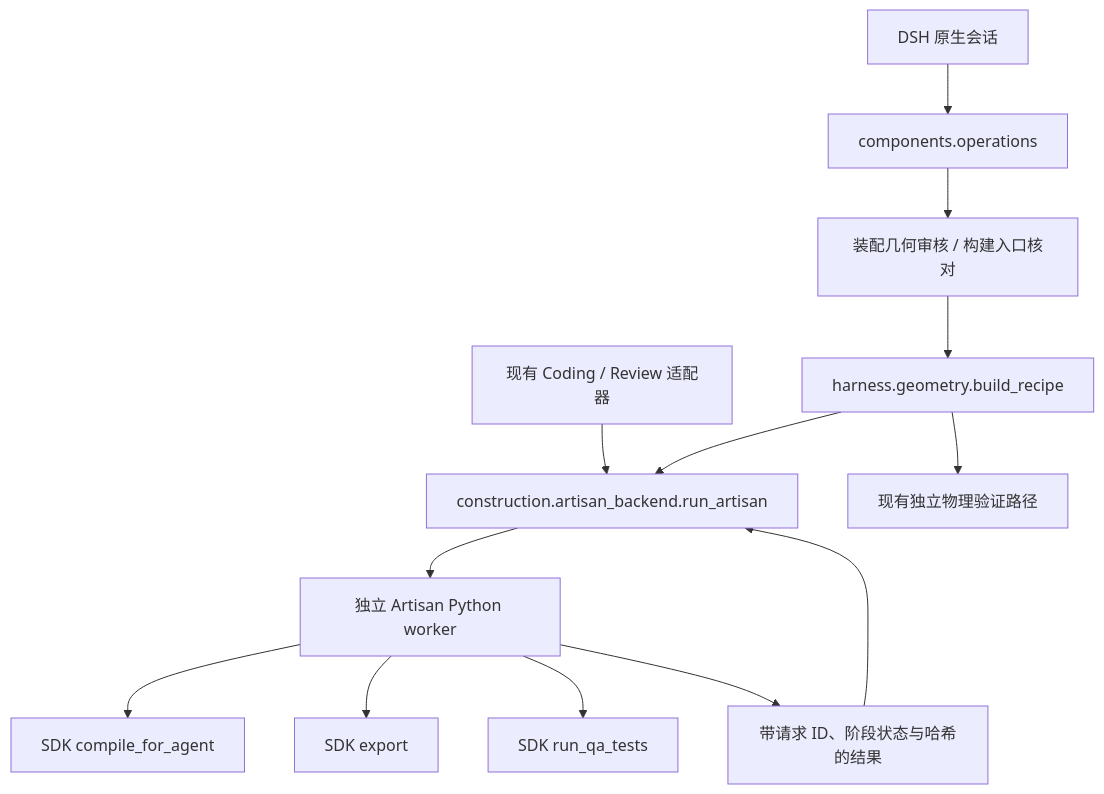
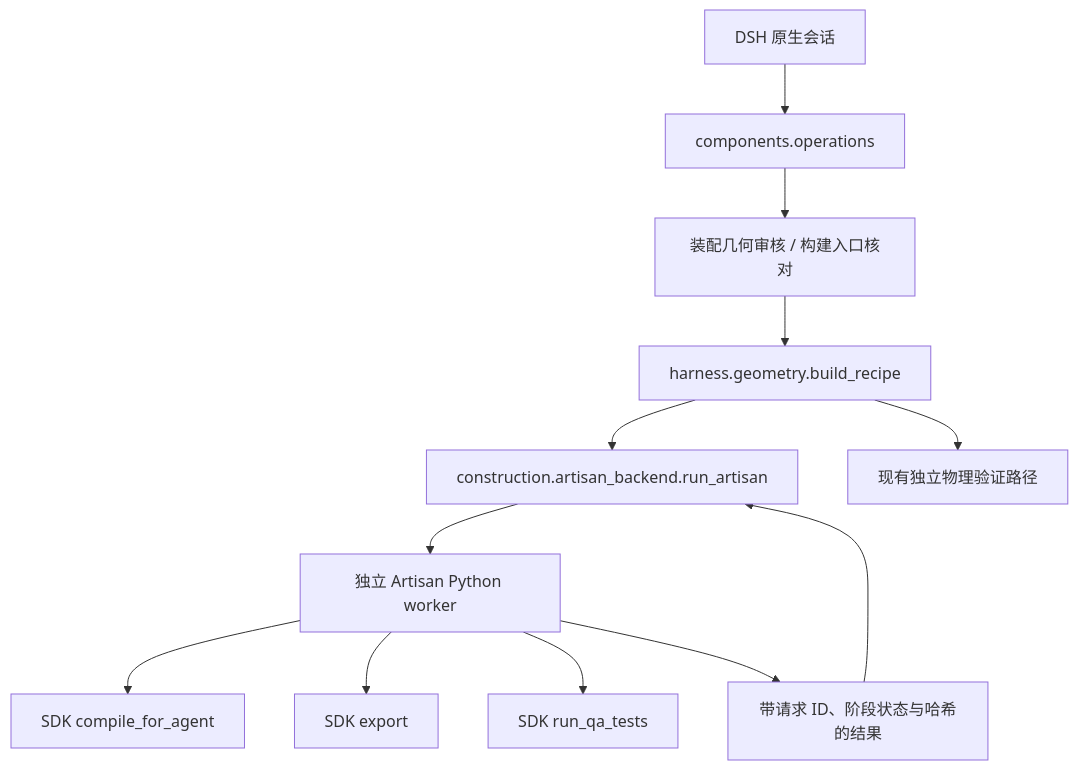
Before and after one commit to FelixtheFelinae/NJU-agentic-3D-roboenv-mesh: the diagram in docs/ARTISAN_BACKEND.md, drawn with Mermaid. The commit also changed other lines of this file and 26 other files, not shown here.

````diff
--- a/docs/ARTISAN_BACKEND.md
+++ b/docs/ARTISAN_BACKEND.md
@@ -7,15 +7,14 @@
 ```mermaid
 flowchart TD
     DSH[DSH 原生会话] --> OP[components.operations]
     OP --> GA[装配几何审核 / 构建入口核对]
     GA --> GEO[harness.geometry.build_recipe]
-    OLD[现有 Coding / Review 适配器] --> API[construction.artisan_backend.run_artisan]
-    GEO --> API
+    GEO --> API[construction.artisan_backend.run_artisan]
     API --> W[独立 Artisan Python worker]
     W --> C[SDK compile_for_agent]
     W --> E[SDK export]
     W --> Q[SDK run_qa_tests]
     W --> R[带请求 ID、阶段状态与哈希的结果]
     R --> API
     GEO --> PV[现有独立物理验证路径]
 ```
````
